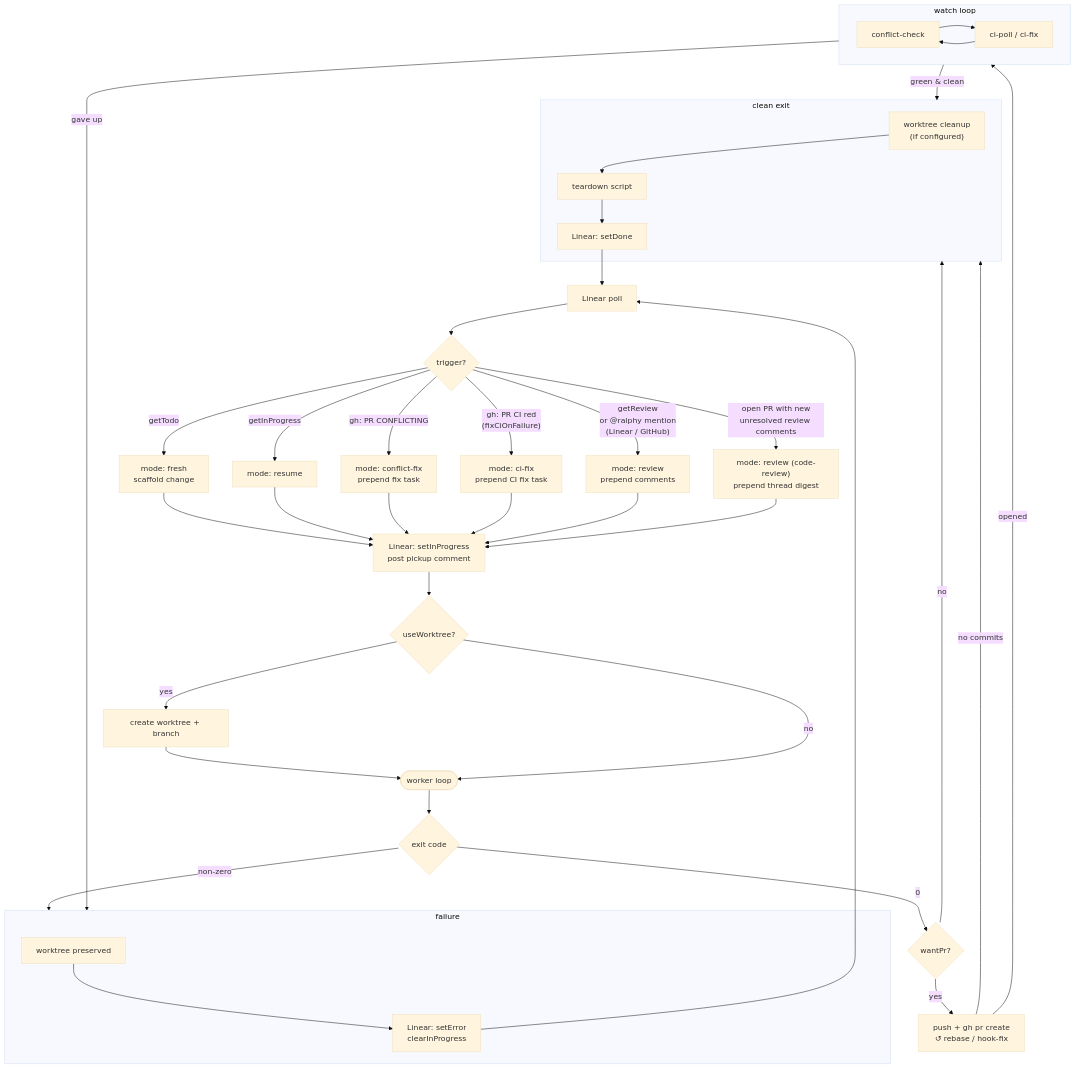
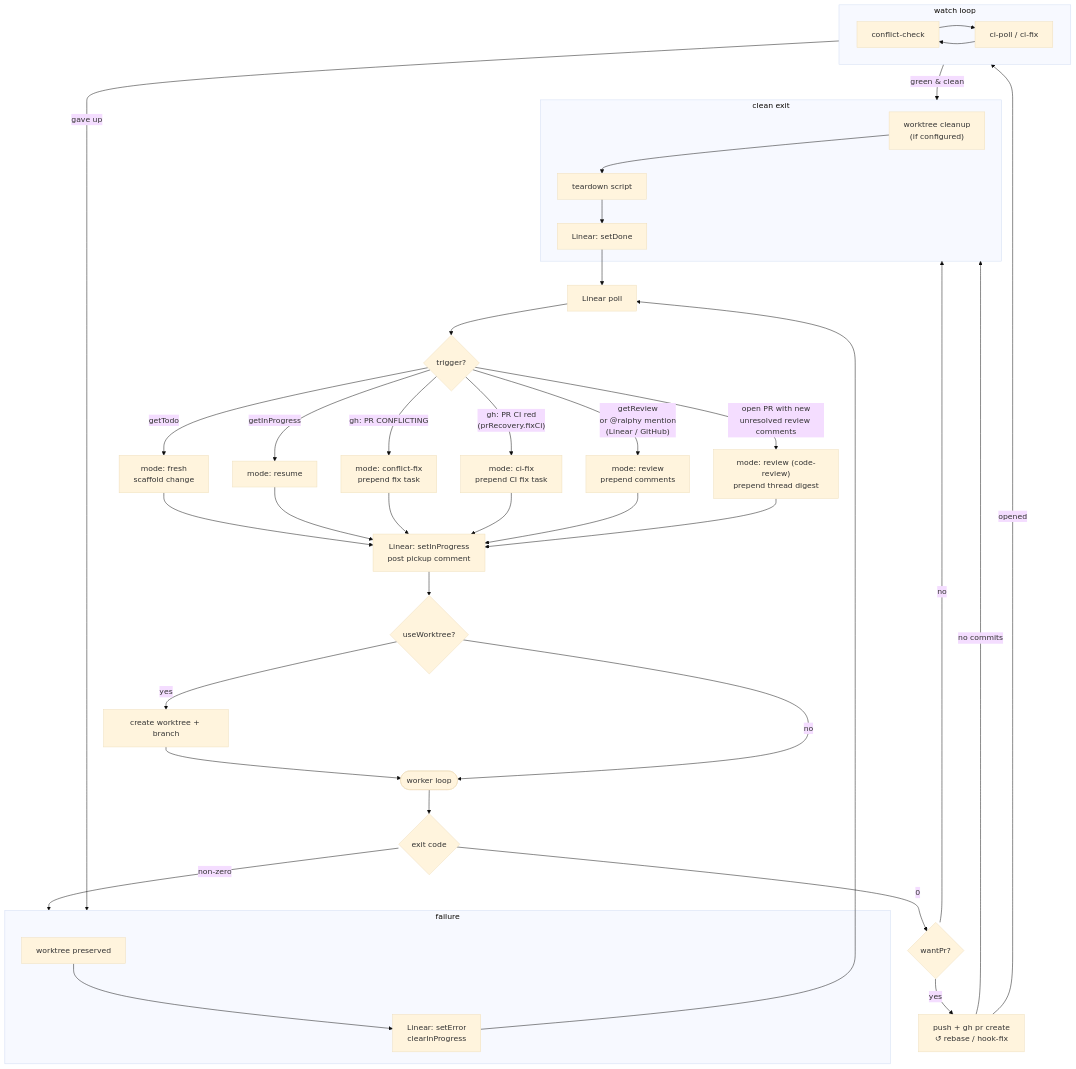
The diagram in GUIDE.md (rosneri/ralphy), drawn with Mermaid (base theme) before and after one commit. The commit also changed other lines of this file and 51 other files, not shown here.

````diff
--- a/GUIDE.md
+++ b/GUIDE.md
@@ -111,39 +113,39 @@
 ```mermaid
 flowchart TD
     POLL["Linear poll"] --> SCAN{trigger?}
     SCAN -- "getTodo" --> FRESH["mode: fresh\nscaffold change"]
     SCAN -- "getInProgress" --> RESUME["mode: resume"]
     SCAN -- "gh: PR CONFLICTING" --> CFX["mode: conflict-fix\nprepend fix task"]
-    SCAN -- "gh: PR CI red\n(fixCiOnFailure)" --> CIFX["mode: ci-fix\nprepend CI fix task"]
+    SCAN -- "gh: PR CI red\n(prRecovery.fixCi)" --> CIFX["mode: ci-fix\nprepend CI fix task"]
     SCAN -- "getReview\nor @ralphy mention\n(Linear / GitHub)" --> REV["mode: review\nprepend comments"]
     SCAN -- "open PR with new\nunresolved review comments" --> CR["mode: review (code-review)\nprepend thread digest"]
 
     FRESH & RESUME & CFX & CIFX & REV & CR --> IN_PROG["Linear: setInProgress\npost pickup comment"]
     IN_PROG --> WT{useWorktree?}
     WT -- yes --> SCAFFOLD["create worktree + branch"] --> WORKER([worker loop])
     WT -- no --> WORKER
 
     WORKER --> EXIT{exit code}
     EXIT -- non-zero --> ERR_FLOW
     EXIT -- 0 --> WANT_PR{wantPr?}
     WANT_PR -- no --> DONE_FLOW
     WANT_PR -- yes --> PR["push + gh pr create\n↺ rebase / hook-fix"]
     PR -- "no commits" --> DONE_FLOW
     PR -- "opened" --> WATCH
 
     subgraph WATCH["watch loop"]
         direction LR
         WATCH_CHECK["conflict-check"] --> WATCH_CI["ci-poll / ci-fix"]
         WATCH_CI --> WATCH_CHECK
     end
     WATCH -- "green & clean" --> DONE_FLOW
     WATCH -- "gave up" --> ERR_FLOW
 
     subgraph DONE_FLOW["clean exit"]
         D1["worktree cleanup\n(if configured)"] --> D2["teardown script"] --> D5["Linear: setDone"]
     end
     subgraph ERR_FLOW["failure"]
         E1["worktree preserved"] --> E2["Linear: setError\nclearInProgress"]
     end
     D5 & E2 --> POLL
 ```
````
